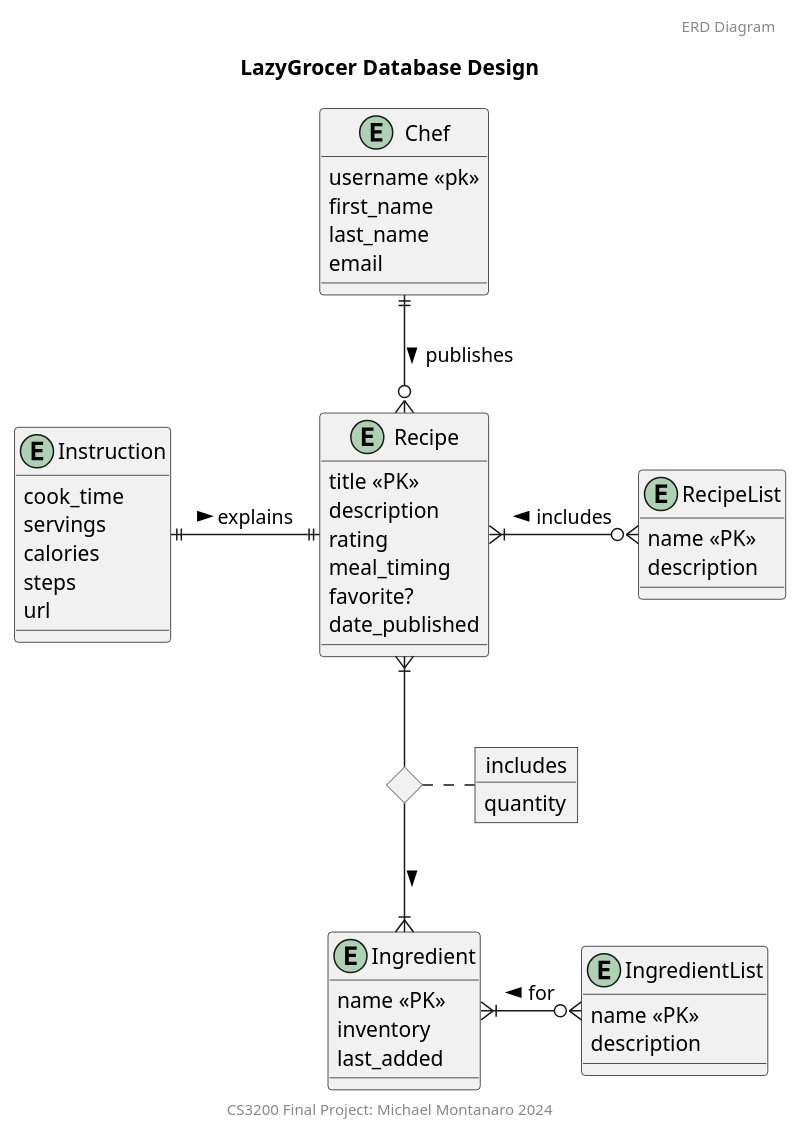
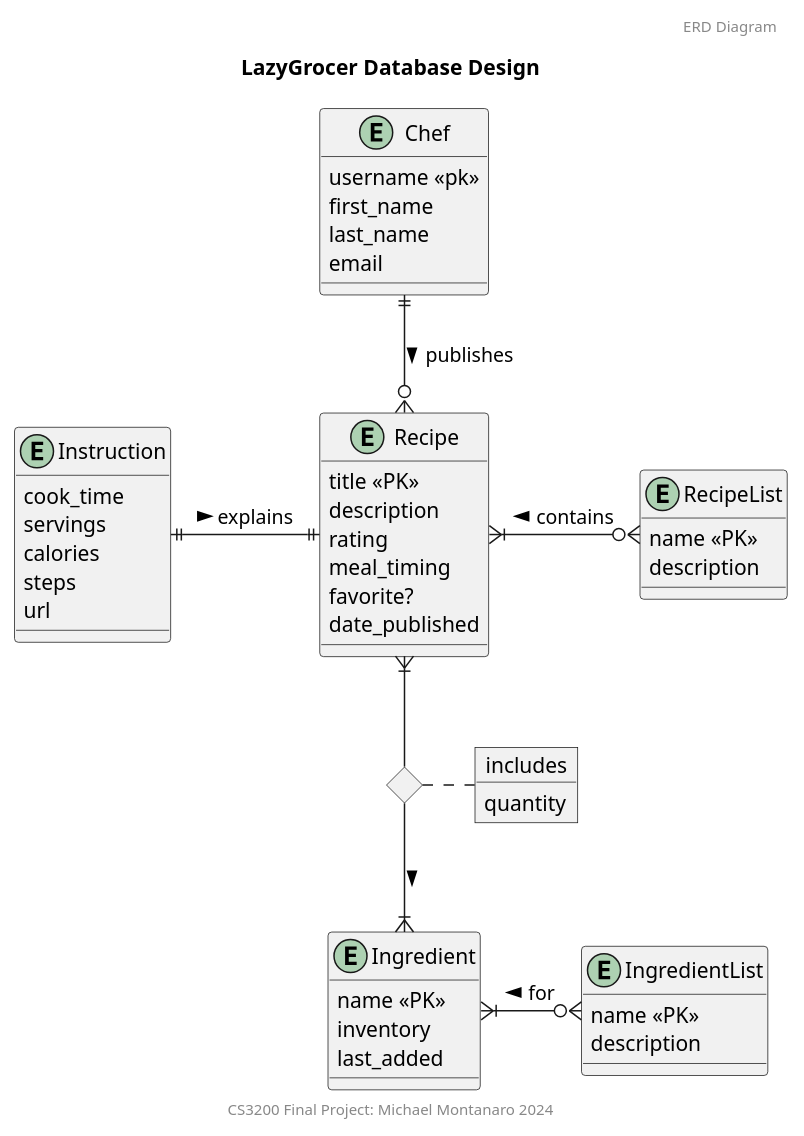
Before and after one commit to montymi/LazyGrocer: the diagram in docs/plantuml/erd.wsd, drawn with PlantUML. The commit also changed 6 other files, not shown here.

```diff
--- a/docs/plantuml/erd.wsd
+++ b/docs/plantuml/erd.wsd
@@ -1,60 +1,60 @@
 @startuml LazyGrozerERDdiagram
 
 header ERD Diagram
 title LazyGrocer Database Design
 footer CS3200 Final Project: Michael Montanaro 2024
 
 entity Recipe {
     title <<PK>> 
     description
     rating
     meal_timing
     favorite?
     date_published
 }
 
 entity RecipeList {
     name <<PK>>
     description
 }
 
 entity Instruction {
     cook_time
     servings
     calories
     steps
     url
 }
 
 entity Ingredient {
     name <<PK>>
     inventory
     last_added
 }
 
 entity IngredientList {
     name <<PK>>
     description
 }
 
 entity Chef {
     username <<pk>>
     first_name
     last_name
     email
 }
 
 object includes {
     quantity
 }
 diamond DIncludes
 
 Recipe }|-- DIncludes
 DIncludes --|{ Ingredient: >
 DIncludes . includes
-Recipe }|-o{ RecipeList: includes <
+Recipe }|-o{ RecipeList: contains <
 Ingredient }|-o{ IngredientList: for <
 Chef ||--o{ Recipe: publishes >
 Instruction ||-|| Recipe: explains >
 
 @enduml
```
